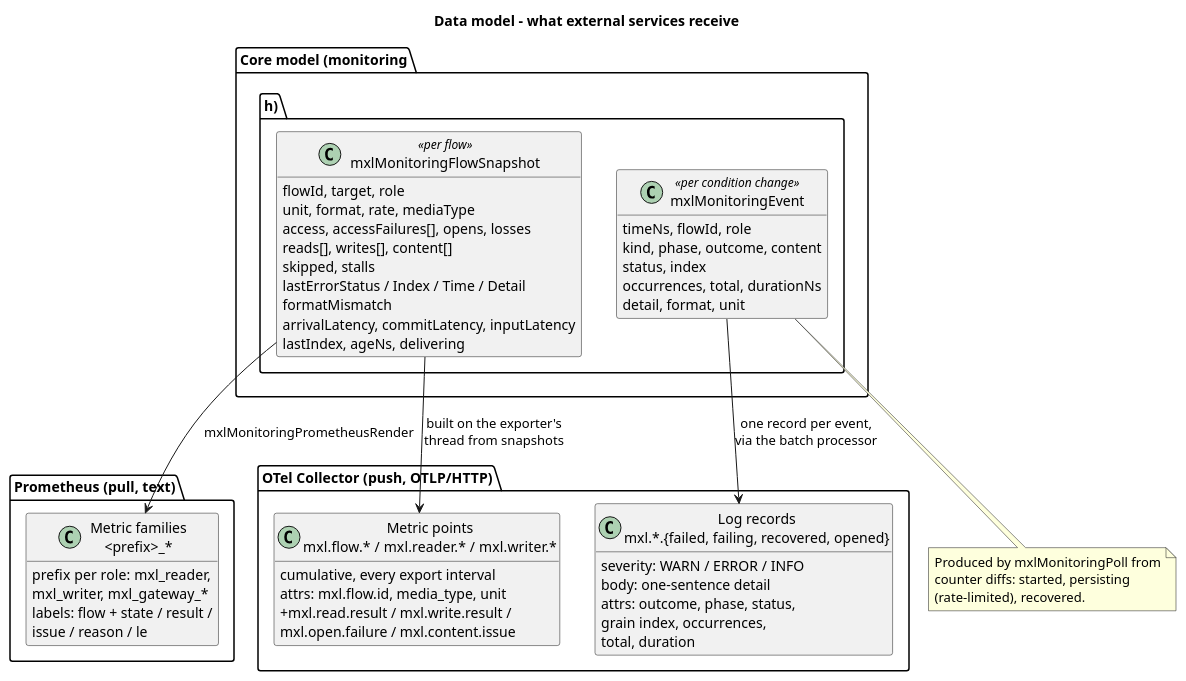
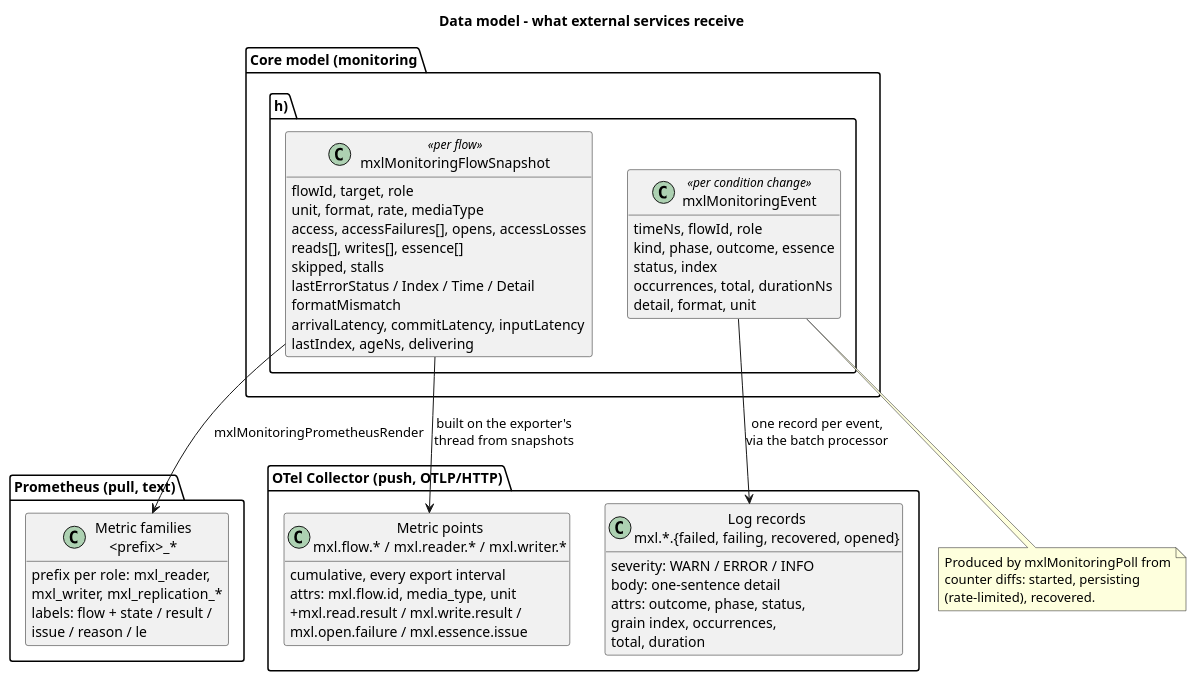
The diagram in docs/data-model.puml (marquies/libmxl-monitoring), drawn with PlantUML before and after one commit. The commit also changed 35 other files, not shown here.

```diff
--- a/docs/data-model.puml
+++ b/docs/data-model.puml
@@ -1,61 +1,61 @@
 @startuml
 title Data model - what external services receive
 skinparam classAttributeIconSize 0
 hide empty methods
 
 package "Core model (monitoring.h)" {
   class mxlMonitoringFlowSnapshot <<per flow>> {
     flowId, target, role
     unit, format, rate, mediaType
-    access, accessFailures[], opens, losses
-    reads[], writes[], content[]
+    access, accessFailures[], opens, accessLosses
+    reads[], writes[], essence[]
     skipped, stalls
     lastErrorStatus / Index / Time / Detail
     formatMismatch
     arrivalLatency, commitLatency, inputLatency
     lastIndex, ageNs, delivering
   }
   class mxlMonitoringEvent <<per condition change>> {
     timeNs, flowId, role
-    kind, phase, outcome, content
+    kind, phase, outcome, essence
     status, index
     occurrences, total, durationNs
     detail, format, unit
   }
 }
 
 package "Prometheus (pull, text)" {
   class "Metric families\n<prefix>_*" as Prom {
     prefix per role: mxl_reader,
-    mxl_writer, mxl_gateway_*
+    mxl_writer, mxl_replication_*
     labels: flow + state / result /
     issue / reason / le
   }
 }
 
 package "OTel Collector (push, OTLP/HTTP)" {
   class "Metric points\nmxl.flow.* / mxl.reader.* / mxl.writer.*" as OtlpM {
     cumulative, every export interval
     attrs: mxl.flow.id, media_type, unit
     + mxl.read.result / mxl.write.result /
-    mxl.open.failure / mxl.content.issue
+    mxl.open.failure / mxl.essence.issue
   }
   class "Log records\nmxl.*.{failed, failing, recovered, opened}" as OtlpL {
     severity: WARN / ERROR / INFO
     body: one-sentence detail
     attrs: outcome, phase, status,
     grain index, occurrences,
     total, duration
   }
 }
 
 mxlMonitoringFlowSnapshot --> Prom : mxlMonitoringPrometheusRender
 mxlMonitoringFlowSnapshot --> OtlpM : built on the exporter's\nthread from snapshots
 mxlMonitoringEvent --> OtlpL : one record per event,\nvia the batch processor
 
 note bottom of mxlMonitoringEvent
   Produced by mxlMonitoringPoll from
   counter diffs: started, persisting
   (rate-limited), recovered.
 end note
 @enduml
```
